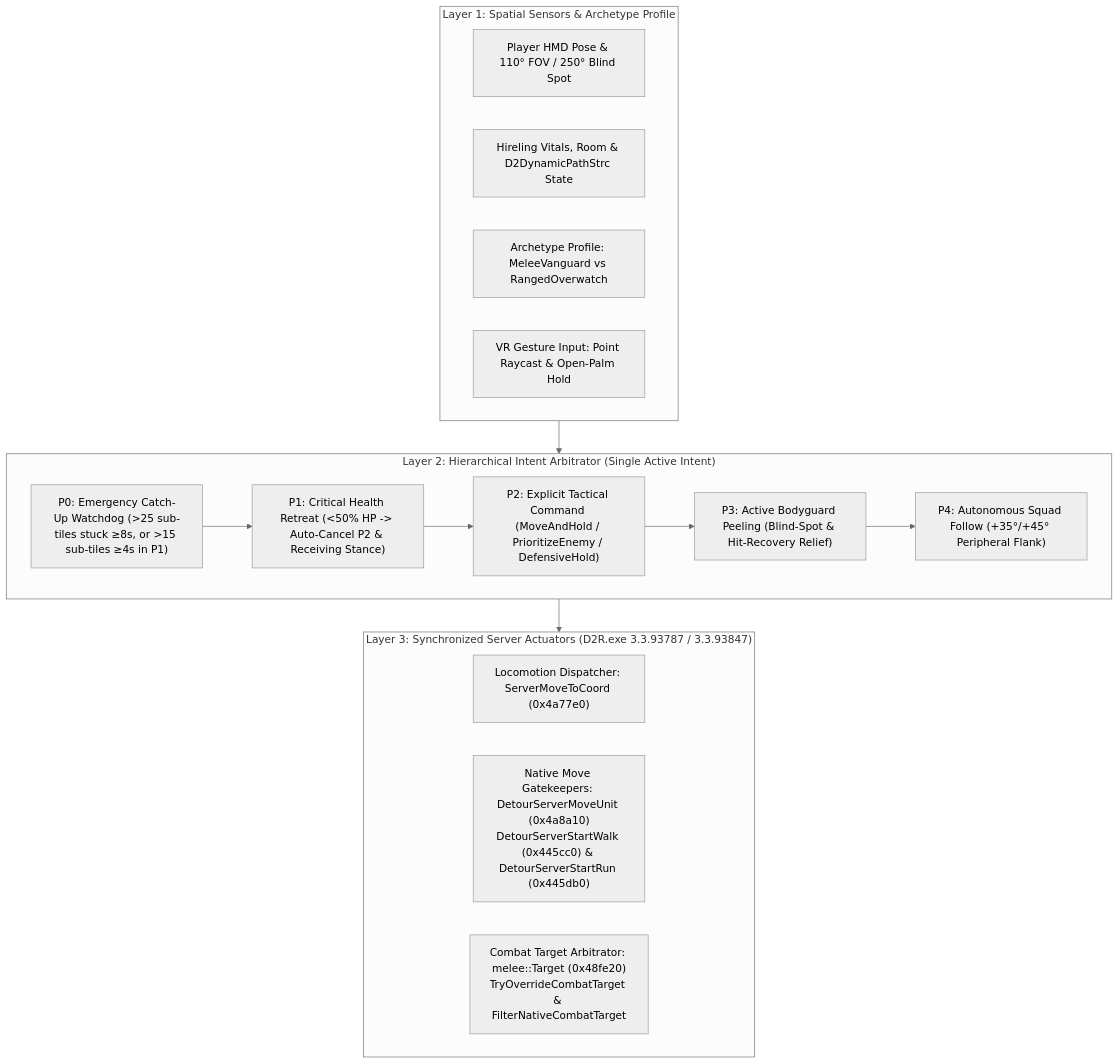
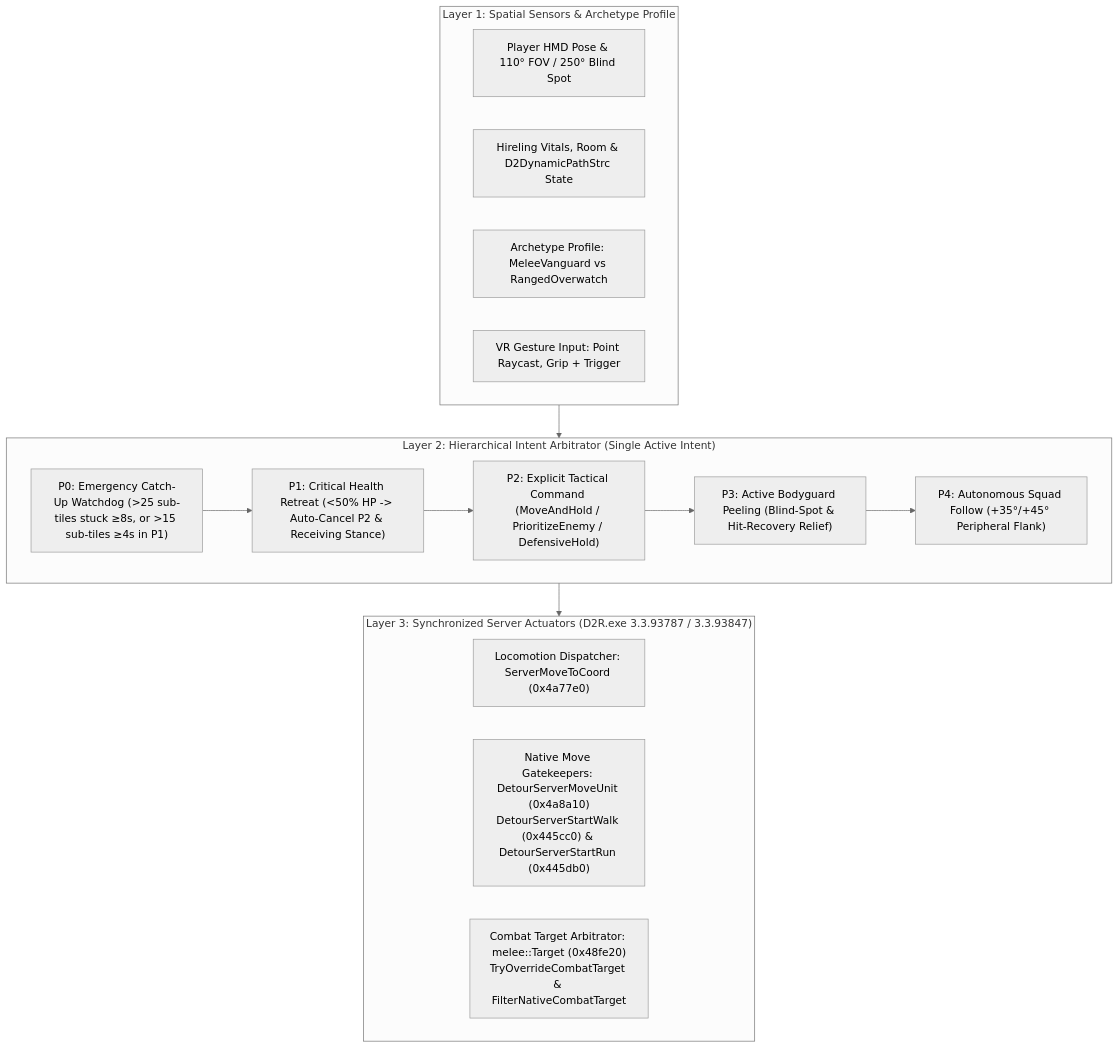
One commit to bearstonem/d2r-pcvr changed the diagram in docs/VR_COMPANION_AI.md. Above: the diagram before and after it, drawn with Mermaid (neutral theme). The commit also changed 5 other files, not shown here.

First line of the commit message:
Mercenary commands: remove the open-palm Defensive Hold

````diff
--- a/docs/VR_COMPANION_AI.md
+++ b/docs/VR_COMPANION_AI.md
@@ -19,26 +19,26 @@
 ```mermaid
 flowchart TD
     subgraph L1["Layer 1: Spatial Sensors & Archetype Profile"]
         S1["Player HMD Pose & 110° FOV / 250° Blind Spot"]
         S2["Hireling Vitals, Room & D2DynamicPathStrc State"]
         S3["Archetype Profile: MeleeVanguard vs RangedOverwatch"]
-        S4["VR Gesture Input: Point Raycast & Open-Palm Hold"]
+        S4["VR Gesture Input: Point Raycast, Grip + Trigger"]
     end
 
     subgraph L2["Layer 2: Hierarchical Intent Arbitrator (Single Active Intent)"]
         P0["P0: Emergency Catch-Up Watchdog (>25 sub-tiles stuck ≥8s, or >15 sub-tiles ≥4s in P1)"]
         P1["P1: Critical Health Retreat (<50% HP -> Auto-Cancel P2 & Receiving Stance)"]
         P2["P2: Explicit Tactical Command (MoveAndHold / PrioritizeEnemy / DefensiveHold)"]
         P3["P3: Active Bodyguard Peeling (Blind-Spot & Hit-Recovery Relief)"]
         P4["P4: Autonomous Squad Follow (+35°/+45° Peripheral Flank)"]
         P0 --> P1 --> P2 --> P3 --> P4
     end
 
     subgraph L3["Layer 3: Synchronized Server Actuators (D2R.exe 3.3.93787 / 3.3.93847)"]
         A1["Locomotion Dispatcher: ServerMoveToCoord (0x4a77e0)"]
         A2["Native Move Gatekeepers: DetourServerMoveUnit (0x4a8a10)<br/>DetourServerStartWalk (0x445cc0) & DetourServerStartRun (0x445db0)"]
         A3["Combat Target Arbitrator: melee::Target (0x48fe20)<br/>TryOverrideCombatTarget & FilterNativeCombatTarget"]
     end
 
     L1 --> L2 --> L3
 ```
````
